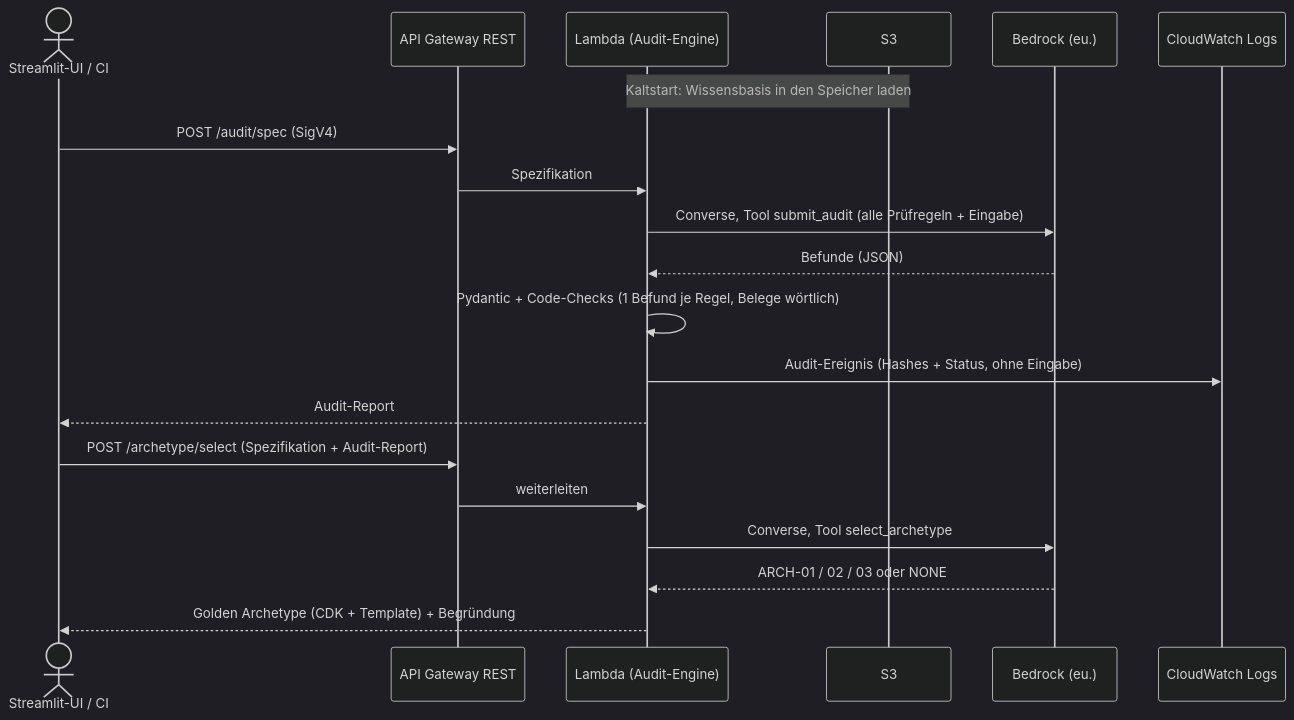
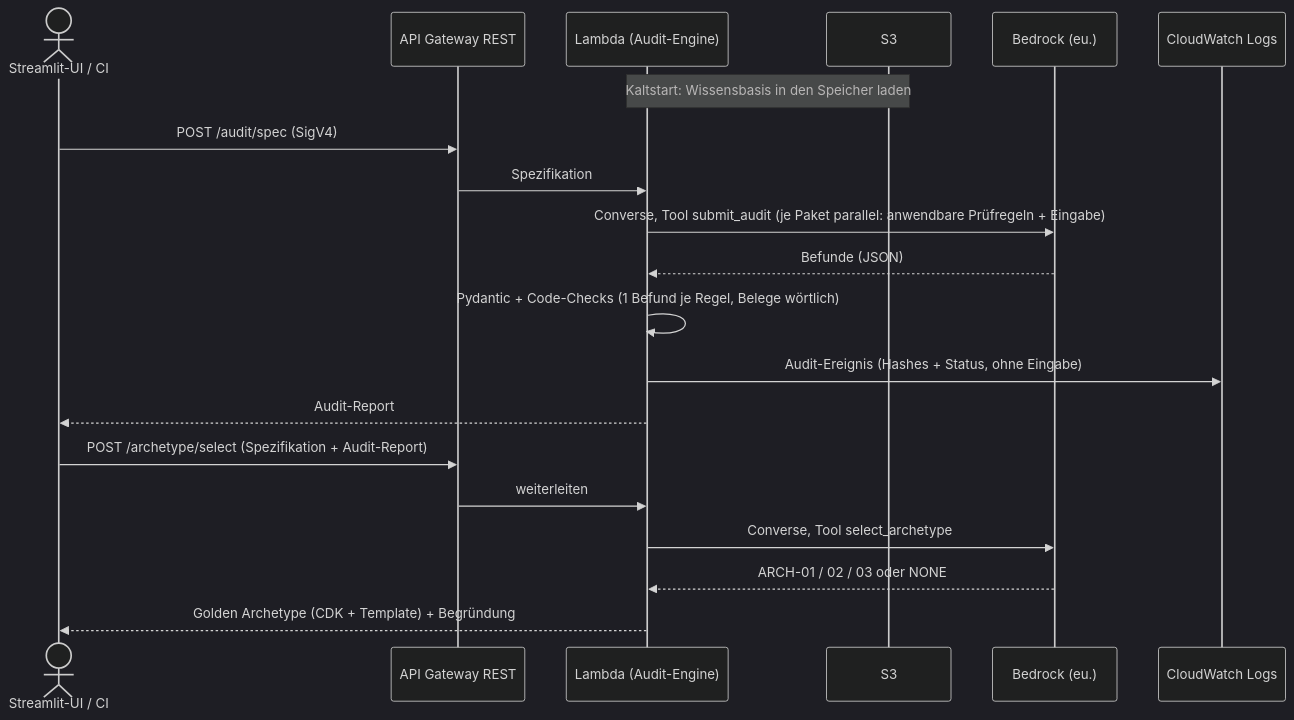
One commit to Daniel74/GovGuard changed the second of 4 diagrams in docs/ARCHITECTURE.md. Above: the diagram before and after it, drawn with Mermaid (dark theme). The commit also changed other lines of this file and 10 other files, not shown here.

````diff
--- a/docs/ARCHITECTURE.md
+++ b/docs/ARCHITECTURE.md
@@ -154,22 +156,22 @@
 ```mermaid
 sequenceDiagram
   actor U as Streamlit-UI / CI
   participant API as API Gateway REST
   participant L as Lambda (Audit-Engine)
   participant S3 as S3
   participant B as Bedrock (eu.)
   participant CW as CloudWatch Logs
   Note over L,S3: Kaltstart: Wissensbasis in den Speicher laden
   U->>API: POST /audit/spec (SigV4)
   API->>L: Spezifikation
-  L->>B: Converse, Tool submit_audit (alle Prüfregeln + Eingabe)
+  L->>B: Converse, Tool submit_audit (je Paket parallel: anwendbare Prüfregeln + Eingabe)
   B-->>L: Befunde (JSON)
   L->>L: Pydantic + Code-Checks (1 Befund je Regel, Belege wörtlich)
   L->>CW: Audit-Ereignis (Hashes + Status, ohne Eingabe)
   L-->>U: Audit-Report
   U->>API: POST /archetype/select (Spezifikation + Audit-Report)
   API->>L: weiterleiten
   L->>B: Converse, Tool select_archetype
   B-->>L: ARCH-01 / 02 / 03 oder NONE
   L-->>U: Golden Archetype (CDK + Template) + Begründung
 ```
````
